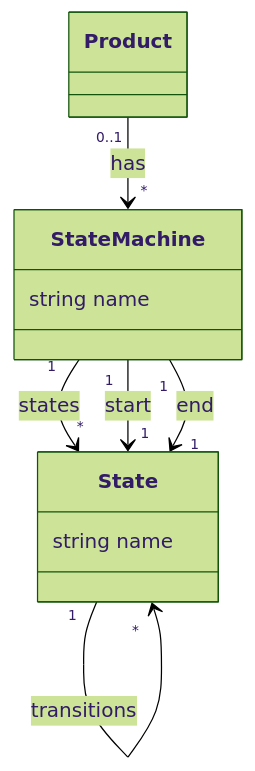
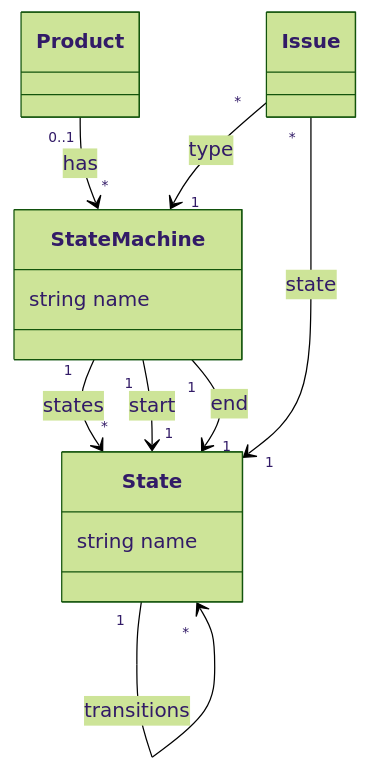
Before and after one commit to dnulnets/jjanus: the diagram in documentation/models/state.md, drawn with Mermaid (forest theme). The commit also changed 1 other file, not shown here.

Commit message:
Updated state model

````diff
--- a/documentation/models/state.md
+++ b/documentation/models/state.md
@@ -1,14 +1,16 @@
 ```mermaid
 classDiagram
     class StateMachine {
         string name
     }
     class State {
         string name
     }
     Product "0..1" --> "*" StateMachine : has
     StateMachine "1" --> "*" State : states
     StateMachine "1" --> "1" State : start
     StateMachine "1" --> "1" State : end
     State "1" --> "*" State : transitions
+    Issue "*" --> "1" StateMachine : type
+    Issue "*" --> "1" State : state
 ```
````
